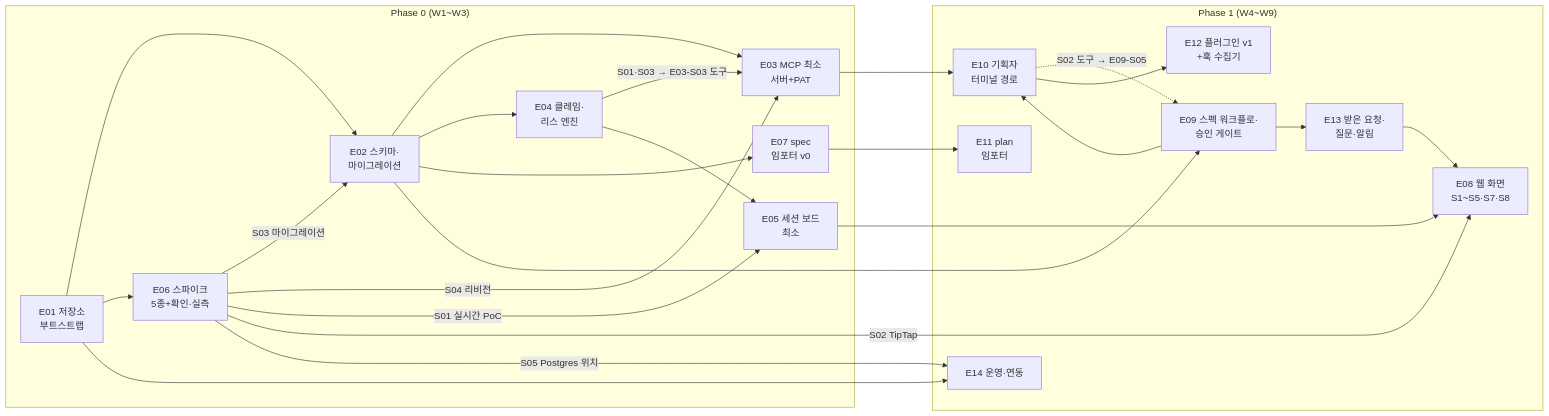
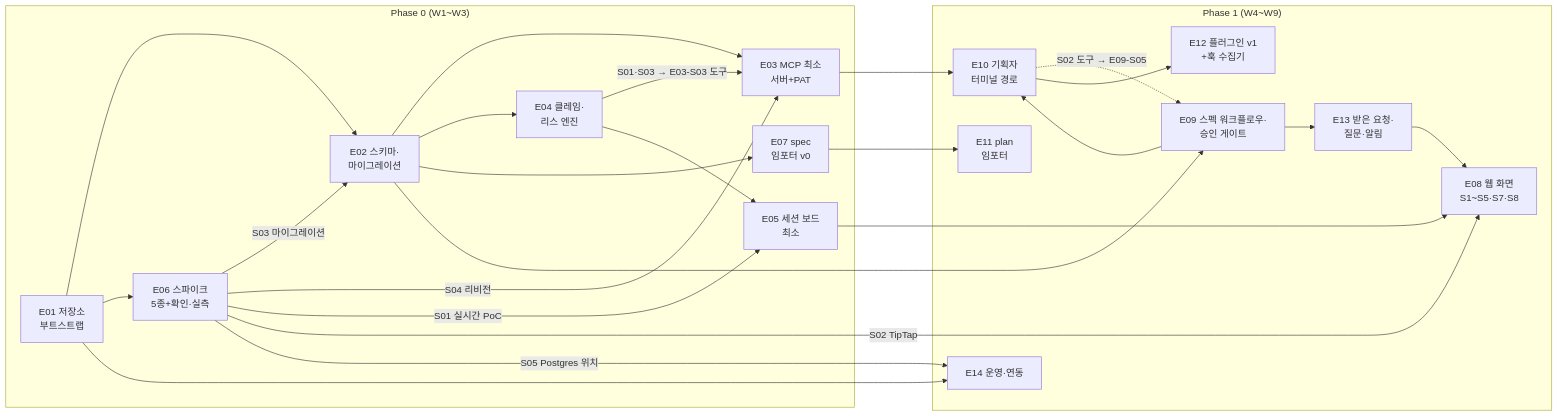
The diagram in docs/04-mvp/backlog.md (worker-ants/nerv), drawn with Mermaid before and after one commit. The commit also changed other lines of this file and 172 other files, not shown here.

First line of the commit message:
docs(all,schema,plugin,web): 사전대로 옮긴다 — 1,372곳, 뜻은 그대로

````diff
--- a/docs/04-mvp/backlog.md
+++ b/docs/04-mvp/backlog.md
@@ -236,43 +238,43 @@
 ```mermaid
 flowchart LR
   subgraph P0["Phase 0 (W1~W3)"]
     E01["E01 저장소<br/>부트스트랩"]
     E02["E02 스키마·<br/>마이그레이션"]
     E03["E03 MCP 최소<br/>서버+PAT"]
     E04["E04 클레임·<br/>리스 엔진"]
     E05["E05 세션 보드<br/>최소"]
     E06["E06 스파이크<br/>5종+확인·실측"]
     E07["E07 spec<br/>임포터 v0"]
   end
   subgraph P1["Phase 1 (W4~W9)"]
     E08["E08 웹 화면<br/>S1~S5·S7·S8"]
-    E09["E09 스펙 워크플로·<br/>승인 게이트"]
+    E09["E09 스펙 워크플로우·<br/>승인 게이트"]
     E10["E10 기획자<br/>터미널 경로"]
     E11["E11 plan<br/>임포터"]
     E12["E12 플러그인 v1<br/>+훅 수집기"]
     E13["E13 받은 요청·<br/>질문·알림"]
     E14["E14 운영·연동"]
   end
   E01 --> E02
   E01 --> E06
   E06 -->|"S03 마이그레이션"| E02
   E06 -->|"S04 리비전"| E03
   E06 -->|"S01 실시간 PoC"| E05
   E06 -->|"S02 TipTap"| E08
   E06 -->|"S05 Postgres 위치"| E14
   E02 --> E03
   E02 --> E04
   E02 --> E07
   E04 -->|"S01·S03 → E03-S03 도구"| E03
   E04 --> E05
   E02 --> E09
   E05 --> E08
   E09 --> E10
   E03 --> E10
   E10 -.->|"S02 도구 → E09-S05"| E09
   E09 --> E13
   E13 --> E08
   E07 --> E11
   E10 --> E12
   E01 --> E14
 ```
````
